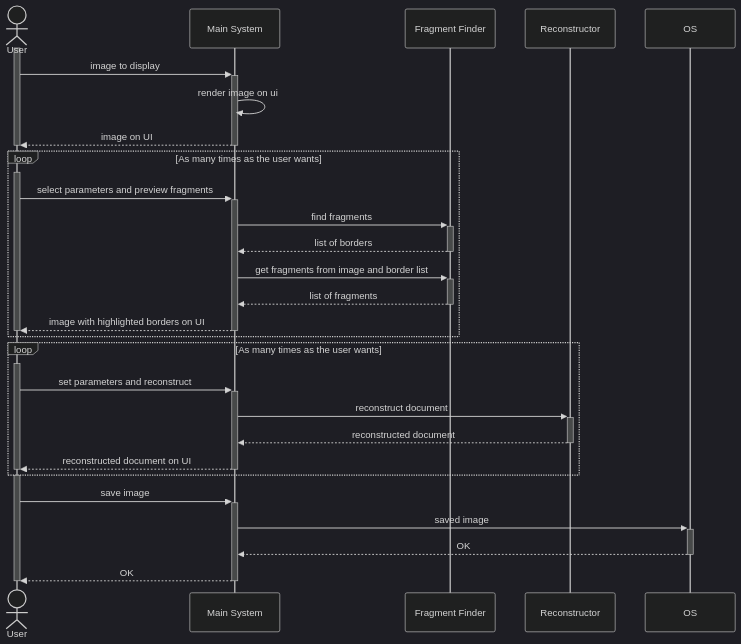
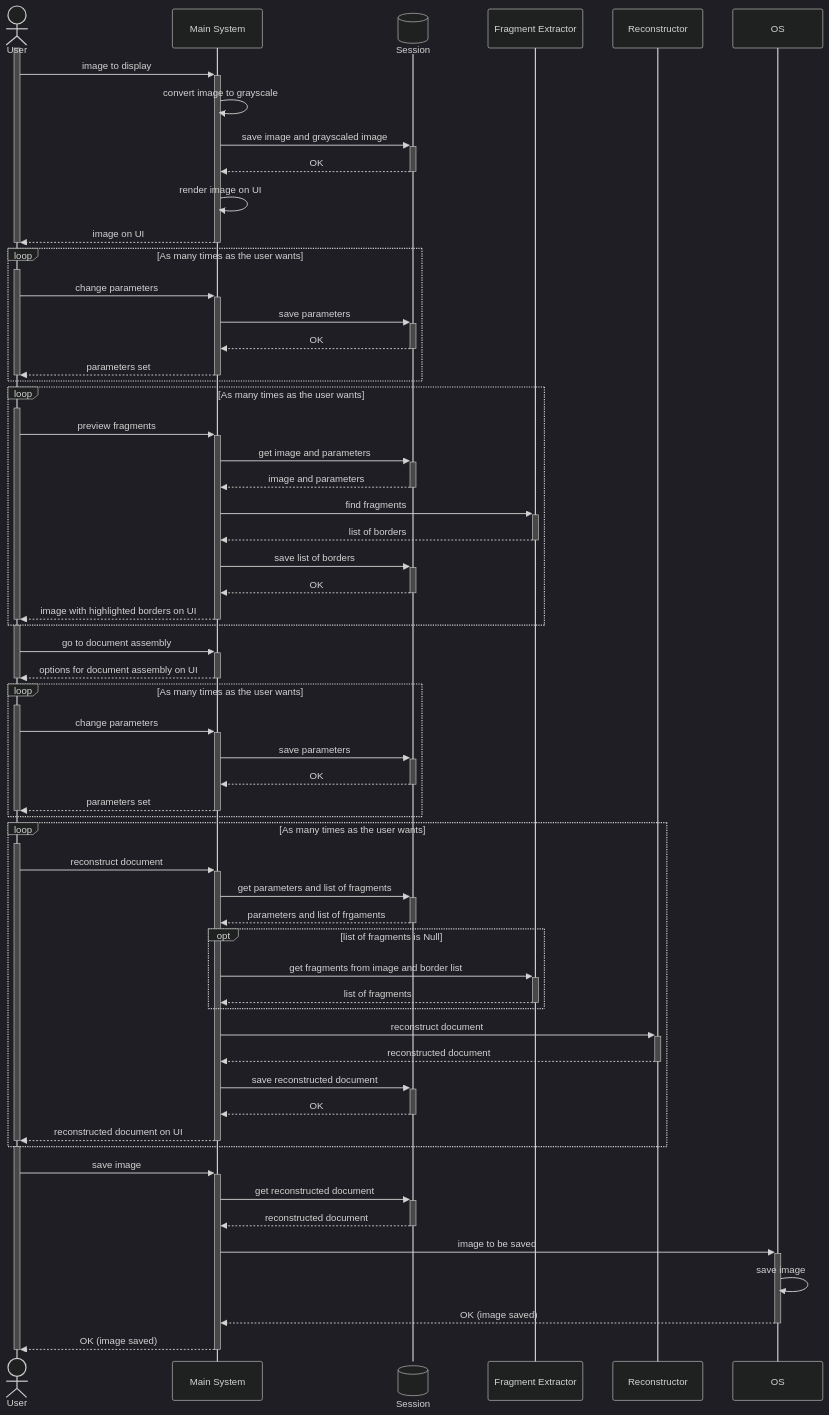
Before and after one commit to zalewskaz/Fragmented-Document-Reconstruction: the diagram in diagrams/sequence_diagram_module_2.md, drawn with Mermaid (dark theme). The commit also changed 1 other file, not shown here.

Commit message:
final diagrams

````diff
--- a/diagrams/sequence_diagram_module_2.md
+++ b/diagrams/sequence_diagram_module_2.md
@@ -1,41 +1,82 @@
 ```mermaid
 sequenceDiagram
     actor U as User
     participant MS as Main System
-    participant F as Fragment Finder
+    participant S@{ "type" : "database" } as Session
+    participant F as Fragment Extractor
     participant R as Reconstructor
     participant OS
 
     activate U
     U ->> +MS: image to display
-    MS ->> MS: render image on ui
+    MS ->> MS: convert image to grayscale
+    MS ->> +S: save image and grayscaled image
+    S -->> -MS: OK
+    MS ->> MS: render image on UI
     MS -->> -U: image on UI
     deactivate U
 
     loop As many times as the user wants
         activate U
-        U ->> +MS: select parameters and preview fragments
-        MS ->> +F: find fragments
-        F -->> -MS: list of borders
-        MS ->> +F: get fragments from image and border list
-        F -->> -MS: list of fragments
-        MS -->> -U: image with highlighted borders on UI
+        U ->> +MS: change parameters
+        MS ->> +S: save parameters
+        S -->> -MS: OK
+        MS -->> -U: parameters set
         deactivate U
     end
 
     loop As many times as the user wants
         activate U
-        U ->> +MS: set parameters and reconstruct
+        U ->> +MS: preview fragments
+        MS ->> +S: get image and parameters
+        S -->> -MS: image and parameters
+        MS ->> +F: find fragments
+        F -->> -MS: list of borders
+        MS ->> +S: save list of borders
+        S -->> -MS: OK
+        MS -->> -U: image with highlighted borders on UI
+        deactivate U
+    end
+
+    activate U
+    U ->> +MS: go to document assembly
+    MS -->> -U: options for document assembly on UI
+    deactivate U
+
+    loop As many times as the user wants
+        activate U
+        U ->> +MS: change parameters
+        MS ->> +S: save parameters
+        S -->> -MS: OK
+        MS -->> -U: parameters set
+        deactivate U
+    end
+
+    loop As many times as the user wants
+        activate U
+        U ->> +MS: reconstruct document
+        MS ->> +S: get parameters and list of fragments
+        S -->> -MS: parameters and list of frgaments
+        opt list of fragments is Null
+            MS ->> +F: get fragments from image and border list
+            F -->> -MS: list of fragments
+        end
+        
         MS ->> +R: reconstruct document
         R -->> -MS: reconstructed document
+        MS ->> +S: save reconstructed document
+        S -->> -MS: OK
         MS -->> -U: reconstructed document on UI
         deactivate U
     end
 
     activate U
     U ->> +MS: save image
-    MS ->> +OS: saved image
-    OS -->> -MS: OK
-    MS -->> -U: OK
+    MS ->> +S: get reconstructed document
+    S -->> -MS: reconstructed document
+    MS ->> +OS: image to be saved
+    OS ->> OS: save image
+    OS -->> -MS: OK (image saved)
+    MS -->> -U: OK (image saved)
     deactivate U
 ```
````
